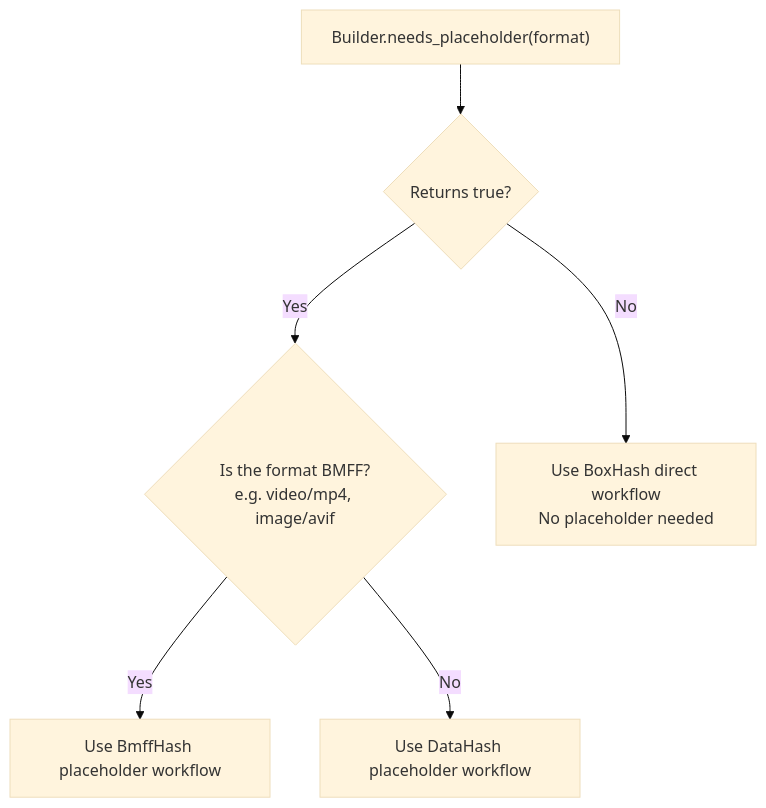
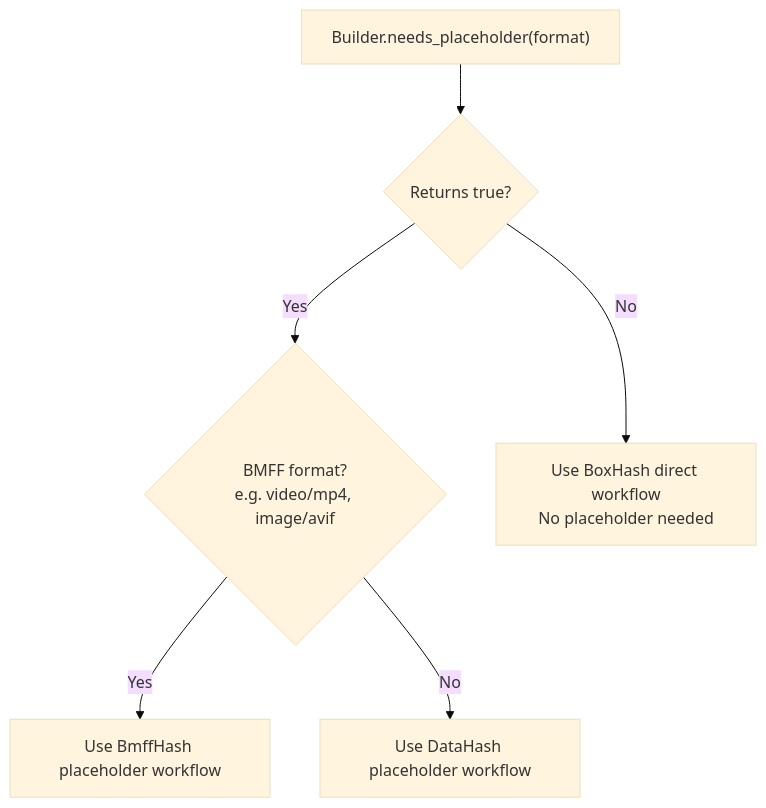
Before and after one commit to contentauth/c2pa-c: the first of 8 diagrams in docs/embeddable-api.md, drawn with Mermaid (base theme).

Commit message:
Some cleanup

````diff
--- a/docs/embeddable-api.md
+++ b/docs/embeddable-api.md
@@ -48,8 +48,8 @@
 ```mermaid
 flowchart TD
     Start["Builder.needs_placeholder(format)"] --> Check{Returns true?}
-    Check -->|Yes| IsBmff{Is the format BMFF?<br/>e.g. video/mp4, image/avif}
+    Check -->|Yes| IsBmff{BMFF format?<br/>e.g. video/mp4, image/avif}
     IsBmff -->|Yes| BmffWorkflow["Use BmffHash placeholder workflow"]
     IsBmff -->|No| DataHashWorkflow["Use DataHash placeholder workflow"]
     Check -->|No| BoxHashWorkflow["Use BoxHash direct workflow<br/>No placeholder needed"]
 ```
````
